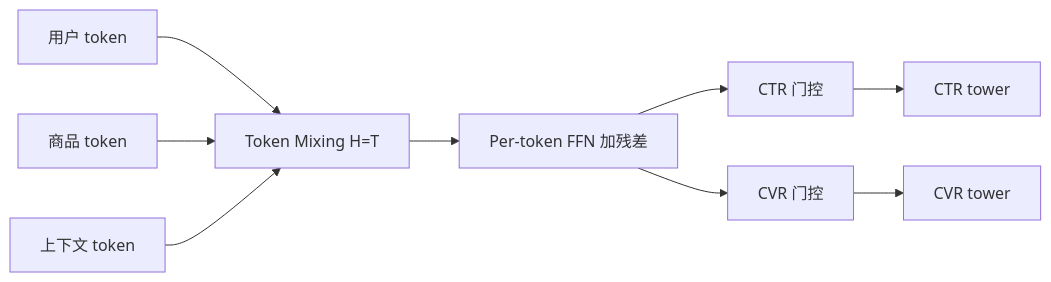
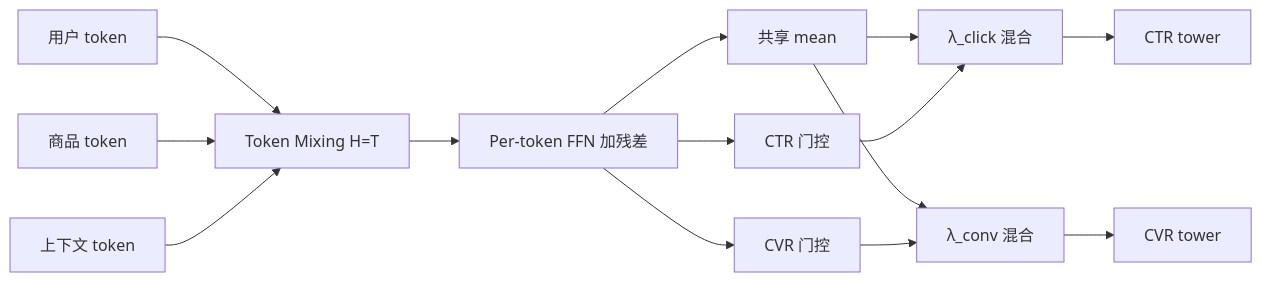
The diagram in README.md (JOrangsepha/FuxiCTR), drawn with Mermaid before and after one commit. The commit also changed other lines of this file and 13 other files, not shown here.

````diff
--- a/README.md
+++ b/README.md
@@ -34,11 +38,16 @@
 ```mermaid
 flowchart LR
   U[用户 token] --> Mix[Token Mixing H=T]
   I[商品 token] --> Mix
   C[上下文 token] --> Mix
   Mix --> FFN[Per-token FFN 加残差]
+  FFN --> Mean[共享 mean]
   FFN --> G1[CTR 门控]
   FFN --> G2[CVR 门控]
-  G1 --> T1[CTR tower]
-  G2 --> T2[CVR tower]
+  Mean --> L1["λ_click 混合"]
+  G1 --> L1
+  Mean --> L2["λ_conv 混合"]
+  G2 --> L2
+  L1 --> T1[CTR tower]
+  L2 --> T2[CVR tower]
 ```
````
